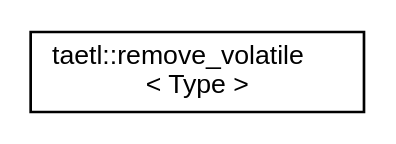
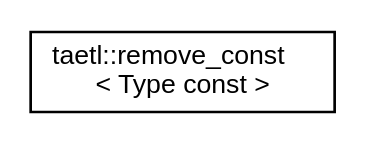
One commit to tobanteAudio/taetl changed the diagram in inherit_graph_10.dot. Above: the diagram before and after it, drawn with Graphviz. The commit also changed 79 other files, not shown here.

```diff
--- a/inherit_graph_10.dot
+++ b/inherit_graph_10.dot
@@ -1,7 +1,7 @@
 digraph "Graphical Class Hierarchy"
 {
   edge [fontname="Helvetica",fontsize="10",labelfontname="Helvetica",labelfontsize="10"];
   node [fontname="Helvetica",fontsize="10",shape=record];
   rankdir="LR";
-  Node0 [label="taetl::remove_volatile\l\< Type \>",height=0.2,width=0.4,color="black", fillcolor="white", style="filled",URL="$structtaetl_1_1remove__volatile.html"];
+  Node0 [label="taetl::remove_const\l\< Type const \>",height=0.2,width=0.4,color="black", fillcolor="white", style="filled",URL="$structtaetl_1_1remove__const_3_01Type_01const_01_4.html"];
 }
```
